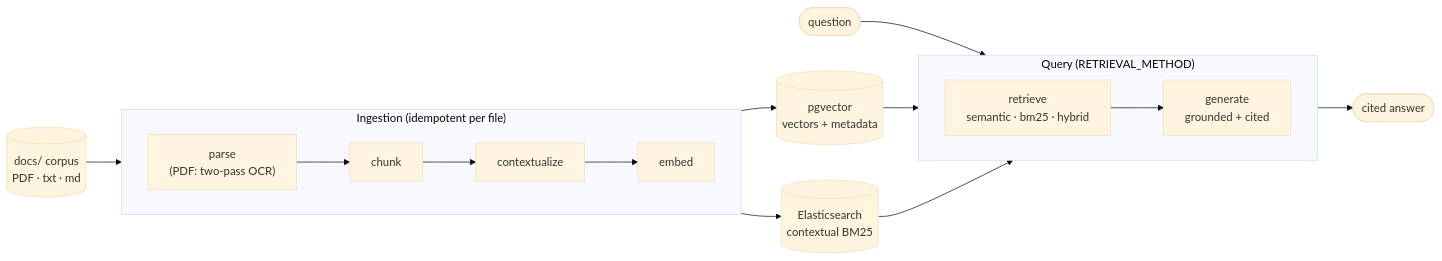
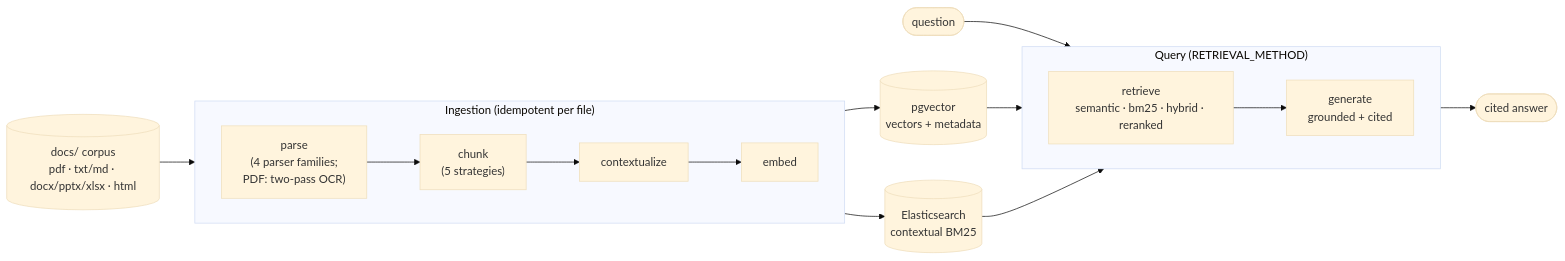
Before and after one commit to luisegarduno/varagity: the second of 3 diagrams in golden-docs/architecture.md, drawn with Mermaid (base theme). The commit also changed other lines of this file and 6 other files, not shown here.

````diff
--- a/golden-docs/architecture.md
+++ b/golden-docs/architecture.md
@@ -87,23 +143,23 @@
 ```mermaid
 flowchart LR
-    corpus[("docs/ corpus<br/>PDF · txt · md")]
+    corpus[("docs/ corpus<br/>pdf · txt/md · docx/pptx/xlsx · html")]
 
     subgraph ingest["Ingestion (idempotent per file)"]
         direction LR
-        parse["parse<br/>(PDF: two-pass OCR)"] --> chunk[chunk] --> ctx[contextualize] --> iembed[embed]
+        parse["parse<br/>(4 parser families;<br/>PDF: two-pass OCR)"] --> chunk["chunk<br/>(5 strategies)"] --> ctx[contextualize] --> iembed[embed]
     end
 
     corpus --> parse
     iembed --> pg[("pgvector<br/>vectors + metadata")]
     iembed --> es[("Elasticsearch<br/>contextual BM25")]
 
     subgraph query["Query (RETRIEVAL_METHOD)"]
         direction LR
-        retrieve["retrieve<br/>semantic · bm25 · hybrid"] --> generate["generate<br/>grounded + cited"]
+        retrieve["retrieve<br/>semantic · bm25 · hybrid · reranked"] --> generate["generate<br/>grounded + cited"]
     end
 
     question(["question"]) --> retrieve
     pg --> retrieve
     es --> retrieve
     generate --> answer(["cited answer"])
 ```
````
